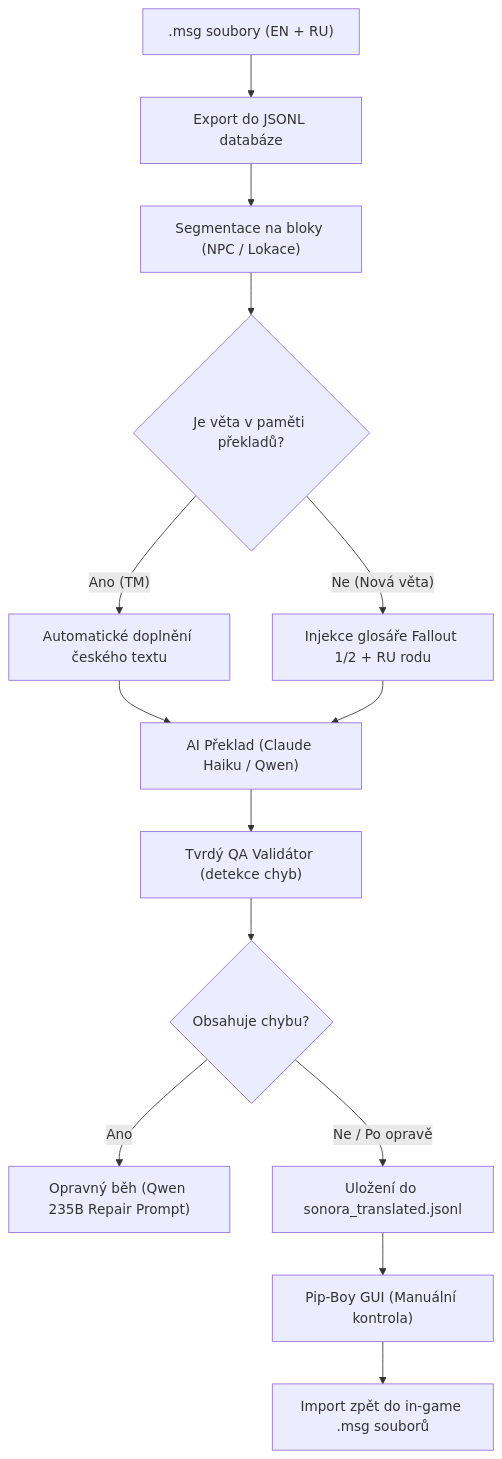
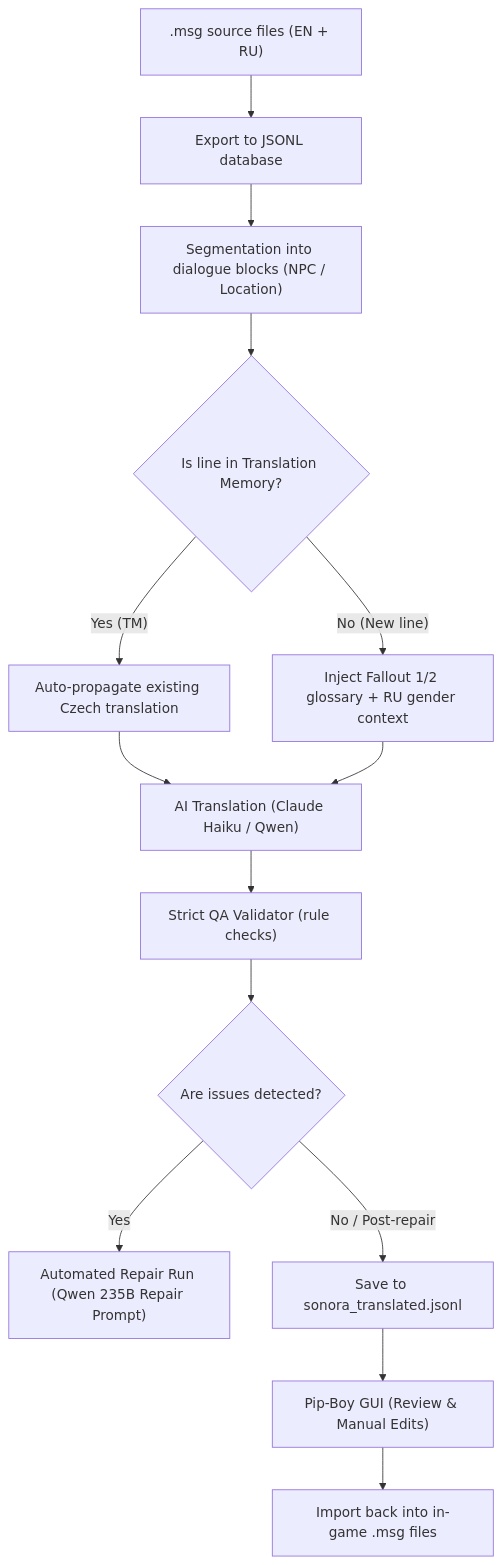
One commit to Kouputrax/fallout-sonora-cz changed the diagram in README.md. Above: the diagram before and after it, drawn with Mermaid. The commit also changed other lines of this file and 1 other file, not shown here.

````diff
--- a/README.md
+++ b/README.md
@@ -17,16 +20,16 @@
 ```mermaid
 flowchart TD
-    A[".msg soubory (EN + RU)"] --> B["Export do JSONL databáze"]
-    B --> C["Segmentace na bloky (NPC / Lokace)"]
-    C --> D{"Je věta v paměti překladů?"}
-    D -- "Ano (TM)" --> E["Automatické doplnění českého textu"]
-    D -- "Ne (Nová věta)" --> F["Injekce glosáře Fallout 1/2 + RU rodu"]
-    E --> G["AI Překlad (Claude Haiku / Qwen)"]
+    A[".msg source files (EN + RU)"] --> B["Export to JSONL database"]
+    B --> C["Segmentation into dialogue blocks (NPC / Location)"]
+    C --> D{"Is line in Translation Memory?"}
+    D -- "Yes (TM)" --> E["Auto-propagate existing Czech translation"]
+    D -- "No (New line)" --> F["Inject Fallout 1/2 glossary + RU gender context"]
+    E --> G["AI Translation (Claude Haiku / Qwen)"]
     F --> G
-    G --> H["Tvrdý QA Validátor (detekce chyb)"]
-    H --> I{"Obsahuje chybu?"}
-    I -- "Ano" --> J["Opravný běh (Qwen 235B Repair Prompt)"]
-    I -- "Ne / Po opravě" --> K["Uložení do sonora_translated.jsonl"]
-    K --> L["Pip-Boy GUI (Manuální kontrola)"]
-    L --> M["Import zpět do in-game .msg souborů"]
+    G --> H["Strict QA Validator (rule checks)"]
+    H --> I{"Are issues detected?"}
+    I -- "Yes" --> J["Automated Repair Run (Qwen 235B Repair Prompt)"]
+    I -- "No / Post-repair" --> K["Save to sonora_translated.jsonl"]
+    K --> L["Pip-Boy GUI (Review & Manual Edits)"]
+    L --> M["Import back into in-game .msg files"]
 ```
````
